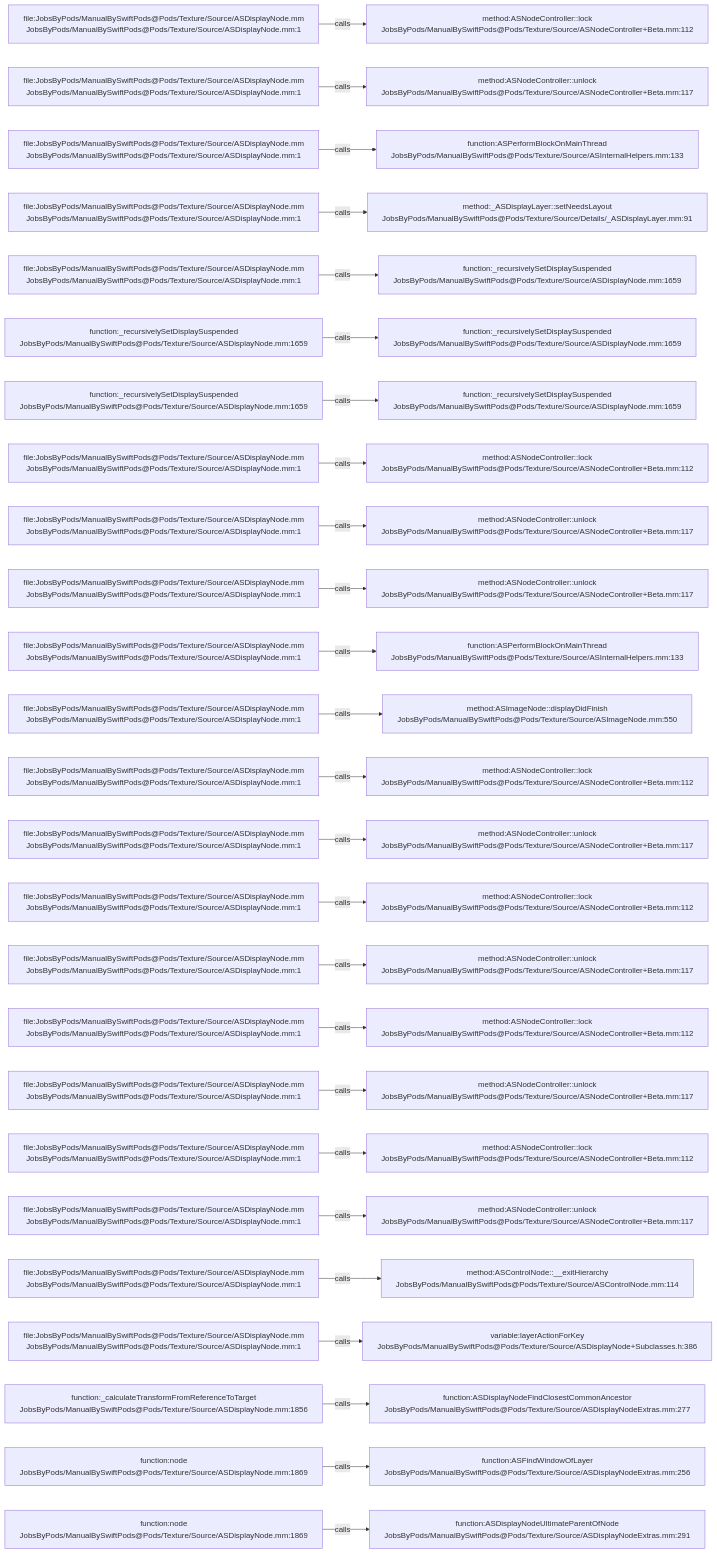
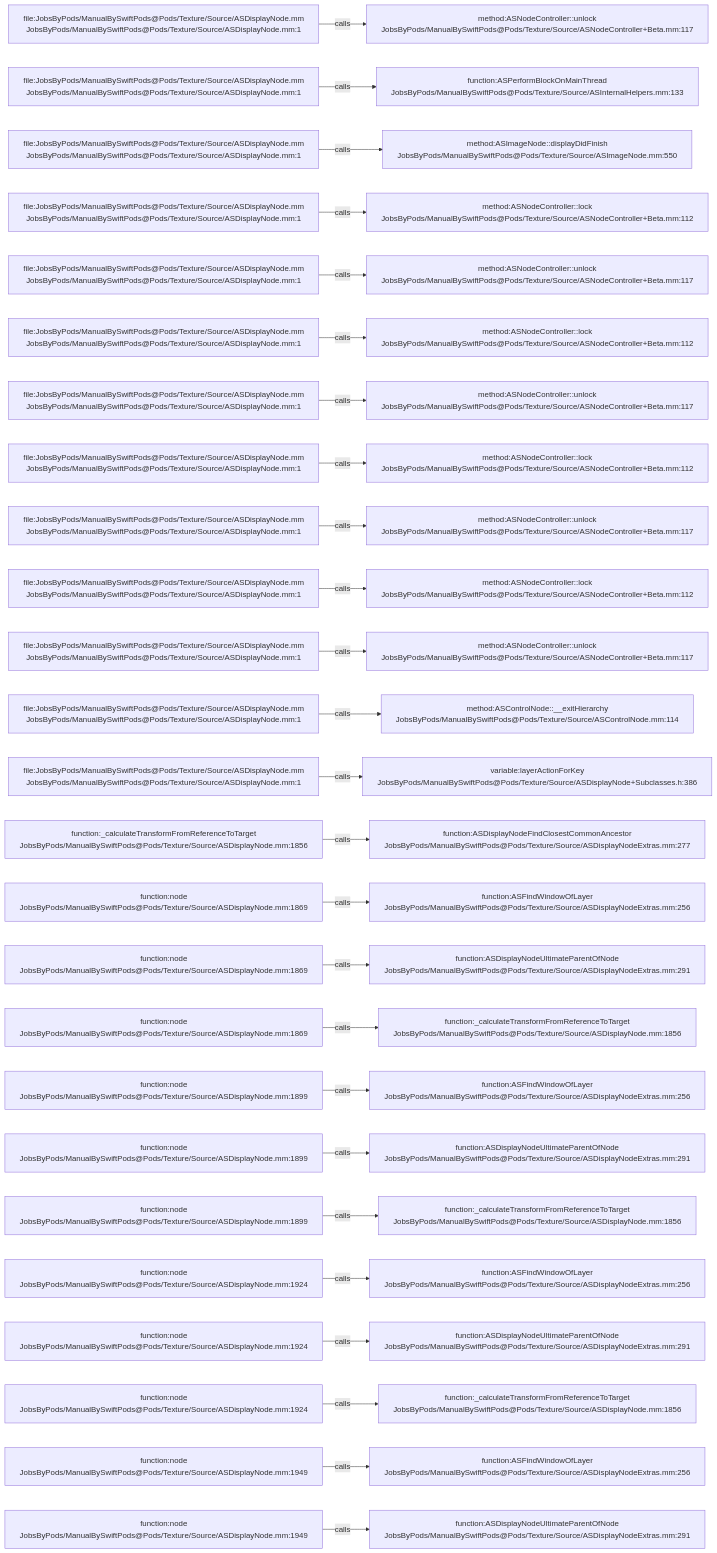
Before and after one commit to JobsKits/JobsSwiftBaseConfigDemo: the diagram in .codegraph/codegraph.md/graphs/calls-031.md, drawn with Mermaid. The commit also changed 707 other files, not shown here.

````diff
--- a/.codegraph/codegraph.md/graphs/calls-031.md
+++ b/.codegraph/codegraph.md/graphs/calls-031.md
@@ -13,78 +13,78 @@
 ```mermaid
 flowchart LR
   S1["file:JobsByPods/ManualBySwiftPods@Pods/Texture/Source/ASDisplayNode.mm<br/>JobsByPods/ManualBySwiftPods@Pods/Texture/Source/ASDisplayNode.mm:1"]
-  T1["method:ASNodeController::lock<br/>JobsByPods/ManualBySwiftPods@Pods/Texture/Source/ASNodeController+Beta.mm:112"]
+  T1["method:ASNodeController::unlock<br/>JobsByPods/ManualBySwiftPods@Pods/Texture/Source/ASNodeController+Beta.mm:117"]
   S1 -->|calls| T1
   S2["file:JobsByPods/ManualBySwiftPods@Pods/Texture/Source/ASDisplayNode.mm<br/>JobsByPods/ManualBySwiftPods@Pods/Texture/Source/ASDisplayNode.mm:1"]
-  T2["method:ASNodeController::unlock<br/>JobsByPods/ManualBySwiftPods@Pods/Texture/Source/ASNodeController+Beta.mm:117"]
+  T2["function:ASPerformBlockOnMainThread<br/>JobsByPods/ManualBySwiftPods@Pods/Texture/Source/ASInternalHelpers.mm:133"]
   S2 -->|calls| T2
   S3["file:JobsByPods/ManualBySwiftPods@Pods/Texture/Source/ASDisplayNode.mm<br/>JobsByPods/ManualBySwiftPods@Pods/Texture/Source/ASDisplayNode.mm:1"]
-  T3["function:ASPerformBlockOnMainThread<br/>JobsByPods/ManualBySwiftPods@Pods/Texture/Source/ASInternalHelpers.mm:133"]
+  T3["method:ASImageNode::displayDidFinish<br/>JobsByPods/ManualBySwiftPods@Pods/Texture/Source/ASImageNode.mm:550"]
   S3 -->|calls| T3
   S4["file:JobsByPods/ManualBySwiftPods@Pods/Texture/Source/ASDisplayNode.mm<br/>JobsByPods/ManualBySwiftPods@Pods/Texture/Source/ASDisplayNode.mm:1"]
-  T4["method:_ASDisplayLayer::setNeedsLayout<br/>JobsByPods/ManualBySwiftPods@Pods/Texture/Source/Details/_ASDisplayLayer.mm:91"]
+  T4["method:ASNodeController::lock<br/>JobsByPods/ManualBySwiftPods@Pods/Texture/Source/ASNodeController+Beta.mm:112"]
   S4 -->|calls| T4
   S5["file:JobsByPods/ManualBySwiftPods@Pods/Texture/Source/ASDisplayNode.mm<br/>JobsByPods/ManualBySwiftPods@Pods/Texture/Source/ASDisplayNode.mm:1"]
-  T5["function:_recursivelySetDisplaySuspended<br/>JobsByPods/ManualBySwiftPods@Pods/Texture/Source/ASDisplayNode.mm:1659"]
+  T5["method:ASNodeController::unlock<br/>JobsByPods/ManualBySwiftPods@Pods/Texture/Source/ASNodeController+Beta.mm:117"]
   S5 -->|calls| T5
-  S6["function:_recursivelySetDisplaySuspended<br/>JobsByPods/ManualBySwiftPods@Pods/Texture/Source/ASDisplayNode.mm:1659"]
-  T6["function:_recursivelySetDisplaySuspended<br/>JobsByPods/ManualBySwiftPods@Pods/Texture/Source/ASDisplayNode.mm:1659"]
+  S6["file:JobsByPods/ManualBySwiftPods@Pods/Texture/Source/ASDisplayNode.mm<br/>JobsByPods/ManualBySwiftPods@Pods/Texture/Source/ASDisplayNode.mm:1"]
+  T6["method:ASNodeController::lock<br/>JobsByPods/ManualBySwiftPods@Pods/Texture/Source/ASNodeController+Beta.mm:112"]
   S6 -->|calls| T6
-  S7["function:_recursivelySetDisplaySuspended<br/>JobsByPods/ManualBySwiftPods@Pods/Texture/Source/ASDisplayNode.mm:1659"]
-  T7["function:_recursivelySetDisplaySuspended<br/>JobsByPods/ManualBySwiftPods@Pods/Texture/Source/ASDisplayNode.mm:1659"]
+  S7["file:JobsByPods/ManualBySwiftPods@Pods/Texture/Source/ASDisplayNode.mm<br/>JobsByPods/ManualBySwiftPods@Pods/Texture/Source/ASDisplayNode.mm:1"]
+  T7["method:ASNodeController::unlock<br/>JobsByPods/ManualBySwiftPods@Pods/Texture/Source/ASNodeController+Beta.mm:117"]
   S7 -->|calls| T7
   S8["file:JobsByPods/ManualBySwiftPods@Pods/Texture/Source/ASDisplayNode.mm<br/>JobsByPods/ManualBySwiftPods@Pods/Texture/Source/ASDisplayNode.mm:1"]
   T8["method:ASNodeController::lock<br/>JobsByPods/ManualBySwiftPods@Pods/Texture/Source/ASNodeController+Beta.mm:112"]
   S8 -->|calls| T8
   S9["file:JobsByPods/ManualBySwiftPods@Pods/Texture/Source/ASDisplayNode.mm<br/>JobsByPods/ManualBySwiftPods@Pods/Texture/Source/ASDisplayNode.mm:1"]
   T9["method:ASNodeController::unlock<br/>JobsByPods/ManualBySwiftPods@Pods/Texture/Source/ASNodeController+Beta.mm:117"]
   S9 -->|calls| T9
   S10["file:JobsByPods/ManualBySwiftPods@Pods/Texture/Source/ASDisplayNode.mm<br/>JobsByPods/ManualBySwiftPods@Pods/Texture/Source/ASDisplayNode.mm:1"]
-  T10["method:ASNodeController::unlock<br/>JobsByPods/ManualBySwiftPods@Pods/Texture/Source/ASNodeController+Beta.mm:117"]
+  T10["method:ASNodeController::lock<br/>JobsByPods/ManualBySwiftPods@Pods/Texture/Source/ASNodeController+Beta.mm:112"]
   S10 -->|calls| T10
   S11["file:JobsByPods/ManualBySwiftPods@Pods/Texture/Source/ASDisplayNode.mm<br/>JobsByPods/ManualBySwiftPods@Pods/Texture/Source/ASDisplayNode.mm:1"]
-  T11["function:ASPerformBlockOnMainThread<br/>JobsByPods/ManualBySwiftPods@Pods/Texture/Source/ASInternalHelpers.mm:133"]
+  T11["method:ASNodeController::unlock<br/>JobsByPods/ManualBySwiftPods@Pods/Texture/Source/ASNodeController+Beta.mm:117"]
   S11 -->|calls| T11
   S12["file:JobsByPods/ManualBySwiftPods@Pods/Texture/Source/ASDisplayNode.mm<br/>JobsByPods/ManualBySwiftPods@Pods/Texture/Source/ASDisplayNode.mm:1"]
-  T12["method:ASImageNode::displayDidFinish<br/>JobsByPods/ManualBySwiftPods@Pods/Texture/Source/ASImageNode.mm:550"]
+  T12["method:ASControlNode::__exitHierarchy<br/>JobsByPods/ManualBySwiftPods@Pods/Texture/Source/ASControlNode.mm:114"]
   S12 -->|calls| T12
   S13["file:JobsByPods/ManualBySwiftPods@Pods/Texture/Source/ASDisplayNode.mm<br/>JobsByPods/ManualBySwiftPods@Pods/Texture/Source/ASDisplayNode.mm:1"]
-  T13["method:ASNodeController::lock<br/>JobsByPods/ManualBySwiftPods@Pods/Texture/Source/ASNodeController+Beta.mm:112"]
+  T13["variable:layerActionForKey<br/>JobsByPods/ManualBySwiftPods@Pods/Texture/Source/ASDisplayNode+Subclasses.h:386"]
   S13 -->|calls| T13
-  S14["file:JobsByPods/ManualBySwiftPods@Pods/Texture/Source/ASDisplayNode.mm<br/>JobsByPods/ManualBySwiftPods@Pods/Texture/Source/ASDisplayNode.mm:1"]
-  T14["method:ASNodeController::unlock<br/>JobsByPods/ManualBySwiftPods@Pods/Texture/Source/ASNodeController+Beta.mm:117"]
+  S14["function:_calculateTransformFromReferenceToTarget<br/>JobsByPods/ManualBySwiftPods@Pods/Texture/Source/ASDisplayNode.mm:1856"]
+  T14["function:ASDisplayNodeFindClosestCommonAncestor<br/>JobsByPods/ManualBySwiftPods@Pods/Texture/Source/ASDisplayNodeExtras.mm:277"]
   S14 -->|calls| T14
-  S15["file:JobsByPods/ManualBySwiftPods@Pods/Texture/Source/ASDisplayNode.mm<br/>JobsByPods/ManualBySwiftPods@Pods/Texture/Source/ASDisplayNode.mm:1"]
-  T15["method:ASNodeController::lock<br/>JobsByPods/ManualBySwiftPods@Pods/Texture/Source/ASNodeController+Beta.mm:112"]
+  S15["function:node<br/>JobsByPods/ManualBySwiftPods@Pods/Texture/Source/ASDisplayNode.mm:1869"]
+  T15["function:ASFindWindowOfLayer<br/>JobsByPods/ManualBySwiftPods@Pods/Texture/Source/ASDisplayNodeExtras.mm:256"]
   S15 -->|calls| T15
-  S16["file:JobsByPods/ManualBySwiftPods@Pods/Texture/Source/ASDisplayNode.mm<br/>JobsByPods/ManualBySwiftPods@Pods/Texture/Source/ASDisplayNode.mm:1"]
-  T16["method:ASNodeController::unlock<br/>JobsByPods/ManualBySwiftPods@Pods/Texture/Source/ASNodeController+Beta.mm:117"]
+  S16["function:node<br/>JobsByPods/ManualBySwiftPods@Pods/Texture/Source/ASDisplayNode.mm:1869"]
+  T16["function:ASDisplayNodeUltimateParentOfNode<br/>JobsByPods/ManualBySwiftPods@Pods/Texture/Source/ASDisplayNodeExtras.mm:291"]
   S16 -->|calls| T16
-  S17["file:JobsByPods/ManualBySwiftPods@Pods/Texture/Source/ASDisplayNode.mm<br/>JobsByPods/ManualBySwiftPods@Pods/Texture/Source/ASDisplayNode.mm:1"]
-  T17["method:ASNodeController::lock<br/>JobsByPods/ManualBySwiftPods@Pods/Texture/Source/ASNodeController+Beta.mm:112"]
+  S17["function:node<br/>JobsByPods/ManualBySwiftPods@Pods/Texture/Source/ASDisplayNode.mm:1869"]
+  T17["function:_calculateTransformFromReferenceToTarget<br/>JobsByPods/ManualBySwiftPods@Pods/Texture/Source/ASDisplayNode.mm:1856"]
   S17 -->|calls| T17
-  S18["file:JobsByPods/ManualBySwiftPods@Pods/Texture/Source/ASDisplayNode.mm<br/>JobsByPods/ManualBySwiftPods@Pods/Texture/Source/ASDisplayNode.mm:1"]
-  T18["method:ASNodeController::unlock<br/>JobsByPods/ManualBySwiftPods@Pods/Texture/Source/ASNodeController+Beta.mm:117"]
+  S18["function:node<br/>JobsByPods/ManualBySwiftPods@Pods/Texture/Source/ASDisplayNode.mm:1899"]
+  T18["function:ASFindWindowOfLayer<br/>JobsByPods/ManualBySwiftPods@Pods/Texture/Source/ASDisplayNodeExtras.mm:256"]
   S18 -->|calls| T18
-  S19["file:JobsByPods/ManualBySwiftPods@Pods/Texture/Source/ASDisplayNode.mm<br/>JobsByPods/ManualBySwiftPods@Pods/Texture/Source/ASDisplayNode.mm:1"]
-  T19["method:ASNodeController::lock<br/>JobsByPods/ManualBySwiftPods@Pods/Texture/Source/ASNodeController+Beta.mm:112"]
+  S19["function:node<br/>JobsByPods/ManualBySwiftPods@Pods/Texture/Source/ASDisplayNode.mm:1899"]
+  T19["function:ASDisplayNodeUltimateParentOfNode<br/>JobsByPods/ManualBySwiftPods@Pods/Texture/Source/ASDisplayNodeExtras.mm:291"]
   S19 -->|calls| T19
-  S20["file:JobsByPods/ManualBySwiftPods@Pods/Texture/Source/ASDisplayNode.mm<br/>JobsByPods/ManualBySwiftPods@Pods/Texture/Source/ASDisplayNode.mm:1"]
-  T20["method:ASNodeController::unlock<br/>JobsByPods/ManualBySwiftPods@Pods/Texture/Source/ASNodeController+Beta.mm:117"]
+  S20["function:node<br/>JobsByPods/ManualBySwiftPods@Pods/Texture/Source/ASDisplayNode.mm:1899"]
+  T20["function:_calculateTransformFromReferenceToTarget<br/>JobsByPods/ManualBySwiftPods@Pods/Texture/Source/ASDisplayNode.mm:1856"]
   S20 -->|calls| T20
-  S21["file:JobsByPods/ManualBySwiftPods@Pods/Texture/Source/ASDisplayNode.mm<br/>JobsByPods/ManualBySwiftPods@Pods/Texture/Source/ASDisplayNode.mm:1"]
-  T21["method:ASControlNode::__exitHierarchy<br/>JobsByPods/ManualBySwiftPods@Pods/Texture/Source/ASControlNode.mm:114"]
+  S21["function:node<br/>JobsByPods/ManualBySwiftPods@Pods/Texture/Source/ASDisplayNode.mm:1924"]
+  T21["function:ASFindWindowOfLayer<br/>JobsByPods/ManualBySwiftPods@Pods/Texture/Source/ASDisplayNodeExtras.mm:256"]
   S21 -->|calls| T21
-  S22["file:JobsByPods/ManualBySwiftPods@Pods/Texture/Source/ASDisplayNode.mm<br/>JobsByPods/ManualBySwiftPods@Pods/Texture/Source/ASDisplayNode.mm:1"]
-  T22["variable:layerActionForKey<br/>JobsByPods/ManualBySwiftPods@Pods/Texture/Source/ASDisplayNode+Subclasses.h:386"]
+  S22["function:node<br/>JobsByPods/ManualBySwiftPods@Pods/Texture/Source/ASDisplayNode.mm:1924"]
+  T22["function:ASDisplayNodeUltimateParentOfNode<br/>JobsByPods/ManualBySwiftPods@Pods/Texture/Source/ASDisplayNodeExtras.mm:291"]
   S22 -->|calls| T22
-  S23["function:_calculateTransformFromReferenceToTarget<br/>JobsByPods/ManualBySwiftPods@Pods/Texture/Source/ASDisplayNode.mm:1856"]
-  T23["function:ASDisplayNodeFindClosestCommonAncestor<br/>JobsByPods/ManualBySwiftPods@Pods/Texture/Source/ASDisplayNodeExtras.mm:277"]
+  S23["function:node<br/>JobsByPods/ManualBySwiftPods@Pods/Texture/Source/ASDisplayNode.mm:1924"]
+  T23["function:_calculateTransformFromReferenceToTarget<br/>JobsByPods/ManualBySwiftPods@Pods/Texture/Source/ASDisplayNode.mm:1856"]
   S23 -->|calls| T23
-  S24["function:node<br/>JobsByPods/ManualBySwiftPods@Pods/Texture/Source/ASDisplayNode.mm:1869"]
+  S24["function:node<br/>JobsByPods/ManualBySwiftPods@Pods/Texture/Source/ASDisplayNode.mm:1949"]
   T24["function:ASFindWindowOfLayer<br/>JobsByPods/ManualBySwiftPods@Pods/Texture/Source/ASDisplayNodeExtras.mm:256"]
   S24 -->|calls| T24
-  S25["function:node<br/>JobsByPods/ManualBySwiftPods@Pods/Texture/Source/ASDisplayNode.mm:1869"]
+  S25["function:node<br/>JobsByPods/ManualBySwiftPods@Pods/Texture/Source/ASDisplayNode.mm:1949"]
   T25["function:ASDisplayNodeUltimateParentOfNode<br/>JobsByPods/ManualBySwiftPods@Pods/Texture/Source/ASDisplayNodeExtras.mm:291"]
   S25 -->|calls| T25
 ```
````
